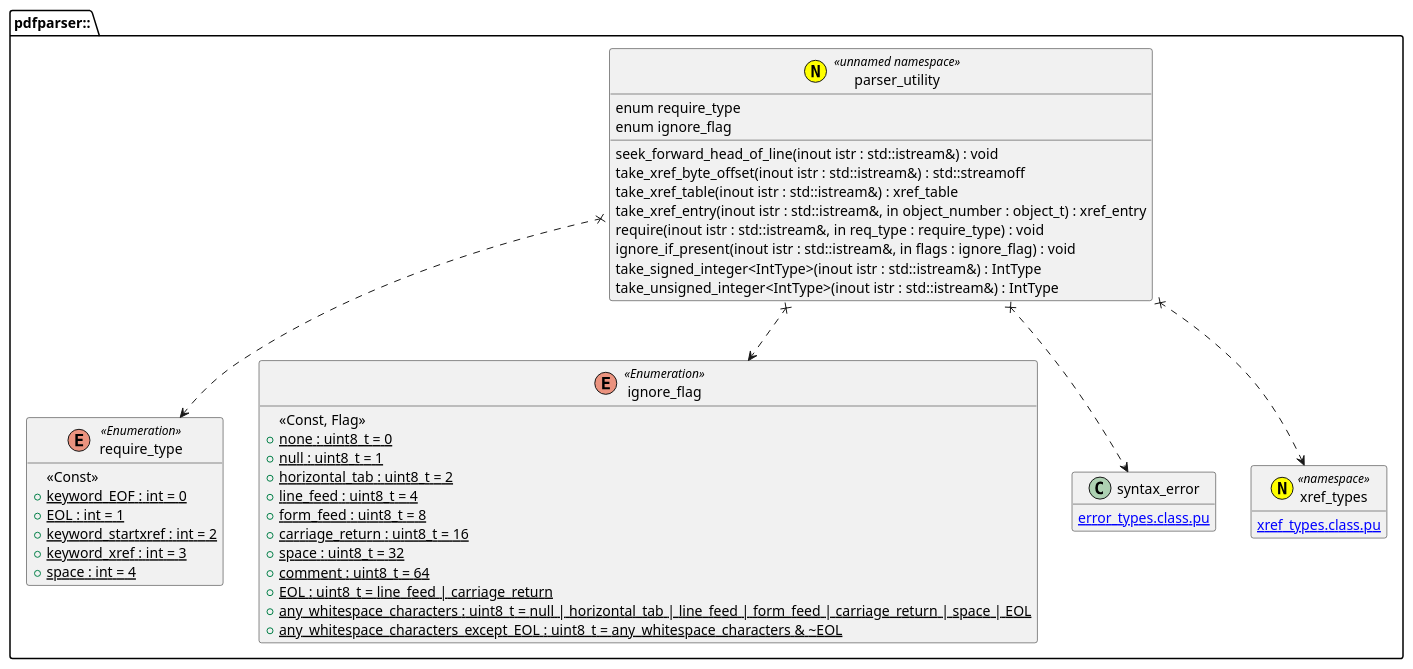
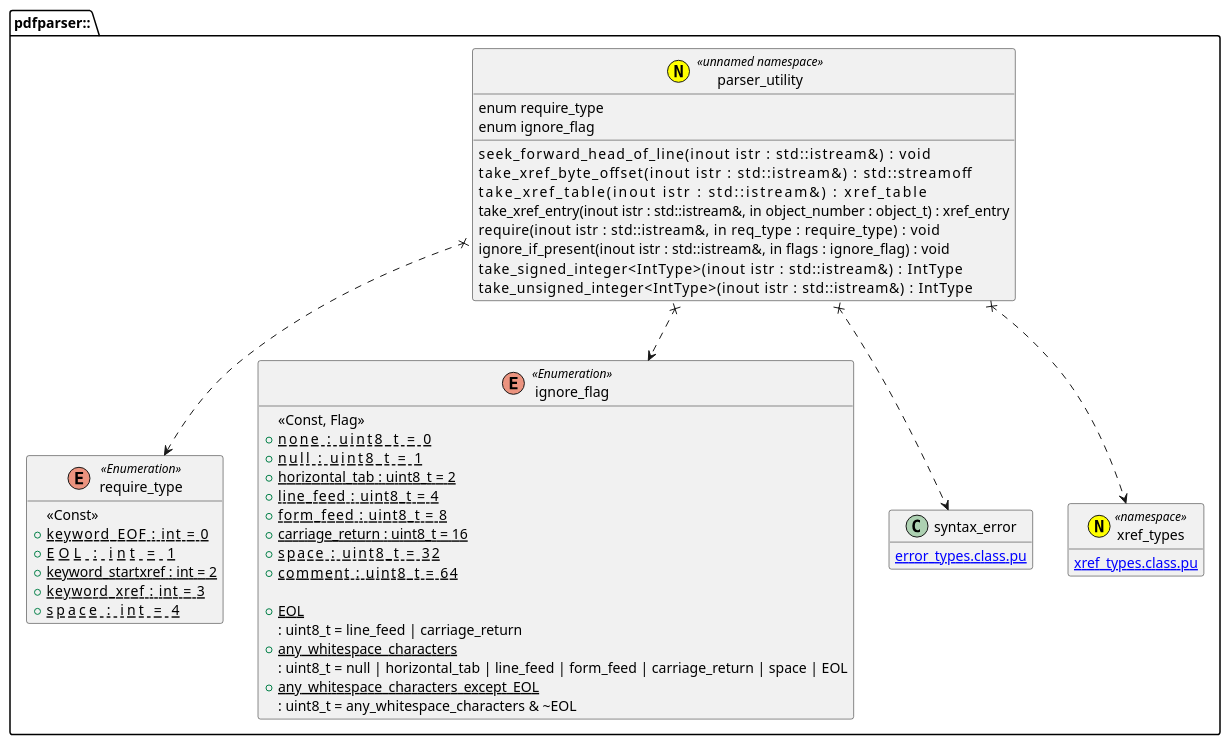
The diagram in document/parser_utility.class.pu (KodaiYM/PDFReader), drawn with PlantUML before and after one commit. The commit also changed 5 other files, not shown here.

Commit message:
xref_table_iterator に operator* と using の追加と、基底クラスのコンストラクタを追加した ドキュメントの : 周辺に空白を入れて位置を揃えた

```diff
--- a/document/parser_utility.class.pu
+++ b/document/parser_utility.class.pu
@@ -1,50 +1,54 @@
 @startuml parser_utility
 hide empty members
 namespace pdfparser:: {
 enum require_type <<Enumeration>> {
 	<<Const>>
-	+{static} keyword_EOF : int = 0
-	+{static} EOL : int = 1
+	+{static} keyword_EOF       : int = 0
+	+{static} EOL               : int = 1
 	+{static} keyword_startxref : int = 2
-	+{static} keyword_xref : int = 3
-	+{static} space : int = 4
+	+{static} keyword_xref      : int = 3
+	+{static} space             : int = 4
 }
 enum ignore_flag <<Enumeration>> {
 	<<Const, Flag>>
-	+{static} none : uint8_t = 0
-	+{static} null : uint8_t = 1
-	+{static} horizontal_tab : uint8_t = 2
-	+{static} line_feed : uint8_t = 4
-	+{static} form_feed : uint8_t = 8
+	+{static} none            : uint8_t = 0
+	+{static} null            : uint8_t = 1
+	+{static} horizontal_tab  : uint8_t = 2
+	+{static} line_feed       : uint8_t = 4
+	+{static} form_feed       : uint8_t = 8
 	+{static} carriage_return : uint8_t = 16
-	+{static} space : uint8_t = 32
-	+{static} comment : uint8_t = 64
-	+{static} EOL : uint8_t = line_feed | carriage_return
-	+{static} any_whitespace_characters : uint8_t = null | horizontal_tab | line_feed | form_feed | carriage_return | space | EOL
-	+{static} any_whitespace_characters_except_EOL : uint8_t = any_whitespace_characters & ~EOL
+	+{static} space           : uint8_t = 32
+	+{static} comment         : uint8_t = 64
+
+	+{static} EOL
+	 : uint8_t = line_feed | carriage_return
+	+{static} any_whitespace_characters
+	 : uint8_t = null | horizontal_tab | line_feed | form_feed | carriage_return | space | EOL
+	+{static} any_whitespace_characters_except_EOL
+	 : uint8_t = any_whitespace_characters & ~EOL
 }
 annotation parser_utility <<(N, yellow) unnamed namespace>> {
 	enum require_type
 	enum ignore_flag
-	seek_forward_head_of_line(inout istr : std::istream&) : void
-	take_xref_byte_offset(inout istr : std::istream&) : std::streamoff
-	take_xref_table(inout istr : std::istream&) : xref_table
+	seek_forward_head_of_line(inout istr : std::istream&)                    : void
+	take_xref_byte_offset(inout istr : std::istream&)                        : std::streamoff
+	take_xref_table(inout istr : std::istream&)                              : xref_table
 	take_xref_entry(inout istr : std::istream&, in object_number : object_t) : xref_entry
-	require(inout istr : std::istream&, in req_type : require_type) : void
-	ignore_if_present(inout istr : std::istream&, in flags : ignore_flag) : void
-	take_signed_integer<IntType>(inout istr : std::istream&) : IntType
-	take_unsigned_integer<IntType>(inout istr : std::istream&) : IntType
+	require(inout istr : std::istream&, in req_type : require_type)          : void
+	ignore_if_present(inout istr : std::istream&, in flags : ignore_flag)    : void
+	take_signed_integer<IntType>(inout istr : std::istream&)                 : IntType
+	take_unsigned_integer<IntType>(inout istr : std::istream&)               : IntType
 }
 parser_utility x..> require_type
 parser_utility x..> ignore_flag
 parser_utility x..> syntax_error
 parser_utility x..> xref_types
 
 class syntax_error {
 	[[error_types.class.pu]]
 }
 annotation xref_types <<(N, yellow) namespace>> {
 	[[xref_types.class.pu]]
 }
 }
 @enduml
```
